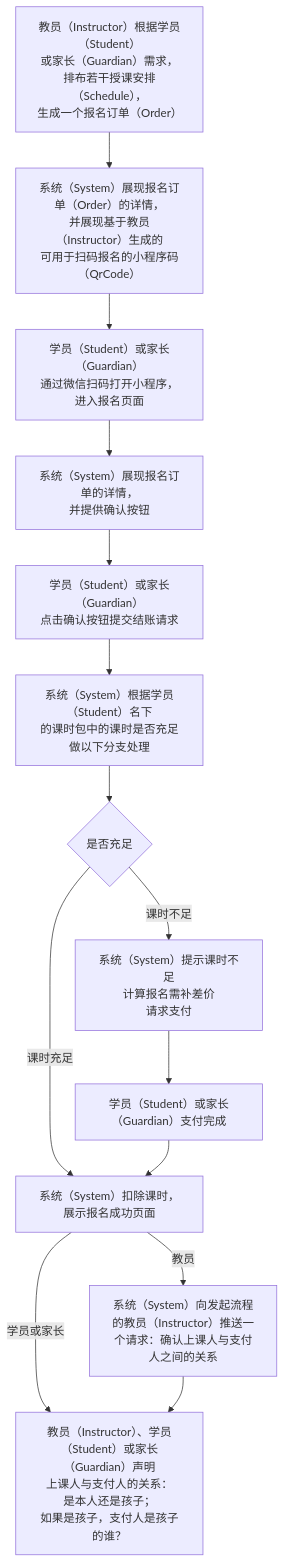
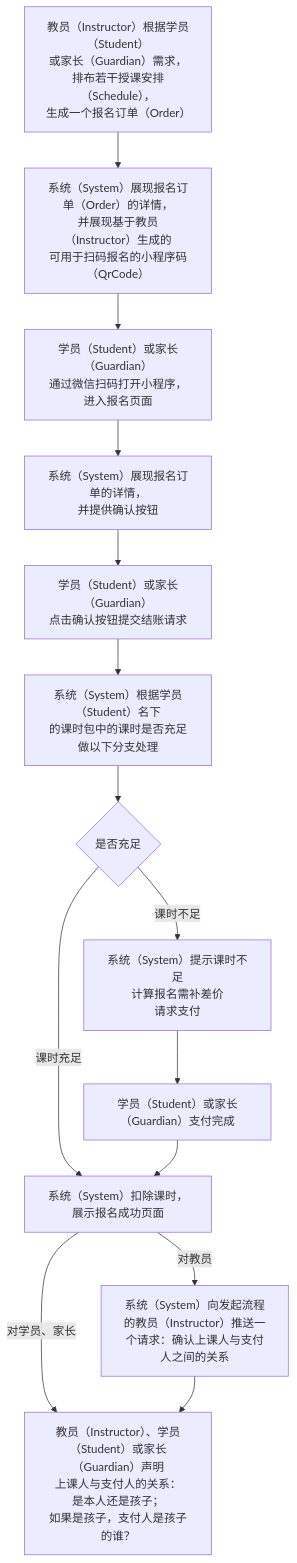
One commit to world-wide-web/sign changed the diagram in 用例/报名.md. Above: the diagram before and after it, drawn with Mermaid. The commit also changed other lines of this file, not shown here.

````diff
--- a/用例/报名.md
+++ b/用例/报名.md
@@ -8,41 +8,41 @@
 ```mermaid
 graph TD
 
 生成报名订单-->生成报名码
 生成报名码-->扫码报名
 扫码报名-->展现报名订单
 展现报名订单-->确认并提交结账请求
 确认并提交结账请求-->检查课时数量
 检查课时数量-->判断课时数量
 判断课时数量--课时充足-->扣课并提示报名成功
 判断课时数量--课时不足-->请求支付
 请求支付-->支付完成
 支付完成-->扣课并提示报名成功
-扣课并提示报名成功--教员-->请求身份声明
-扣课并提示报名成功--学员或家长-->身份声明
+扣课并提示报名成功--对教员-->请求身份声明
+扣课并提示报名成功--对学员、家长-->身份声明
 请求身份声明-->身份声明
 
 生成报名订单["<center>教员（Instructor）根据学员（Student）<br>或家长（Guardian）需求，<br>排布若干授课安排（Schedule），<br>生成一个报名订单（Order）</center>"]
 
 生成报名码["<center>系统（System）展现报名订单（Order）的详情，<br>并展现基于教员（Instructor）生成的<br>可用于扫码报名的小程序码（QrCode）</center>"]
 
 扫码报名["<center>学员（Student）或家长（Guardian）<br>通过微信扫码打开小程序，进入报名页面</center>"]
 
 展现报名订单["<center>系统（System）展现报名订单的详情，<br>并提供确认按钮</center>"]
 
 确认并提交结账请求["<center>学员（Student）或家长（Guardian）<br>点击确认按钮提交结账请求</center>"]
 
 检查课时数量["<center>系统（System）根据学员（Student）名下<br>的课时包中的课时是否充足做以下分支处理</center>"]
 
 判断课时数量{"<center>是否充足</center>"}
 
 请求支付["<center>系统（System）提示课时不足<br>计算报名需补差价<br>请求支付</center>"]
 
 支付完成["<center>学员（Student）或家长（Guardian）支付完成</center>"]
 
 扣课并提示报名成功["<center>系统（System）扣除课时，展示报名成功页面</center>"]
 
 请求身份声明["<center>系统（System）向发起流程的教员（Instructor）推送一个请求：确认上课人与支付人之间的关系</center>"]
 
 身份声明["<center>教员（Instructor）、学员（Student）或家长（Guardian）声明<br>上课人与支付人的关系：<br>是本人还是孩子；<br>如果是孩子，支付人是孩子的谁？</center>"]
 ```
````
